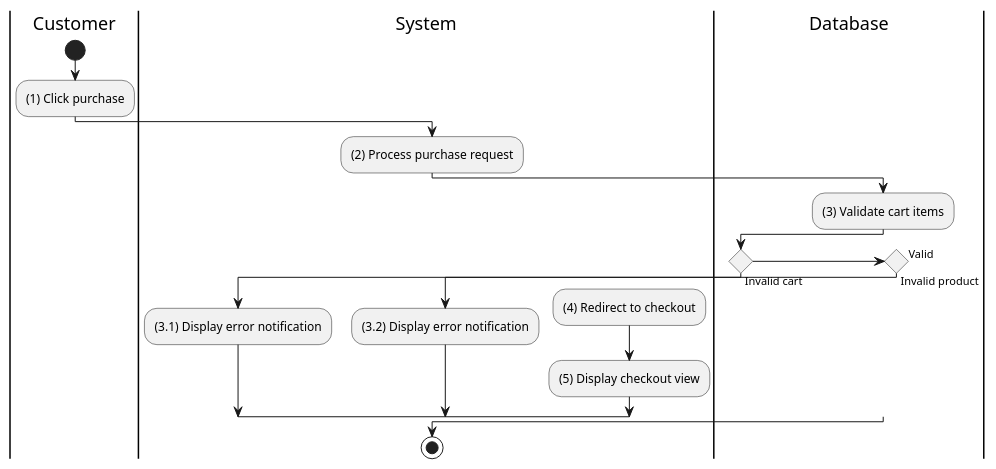
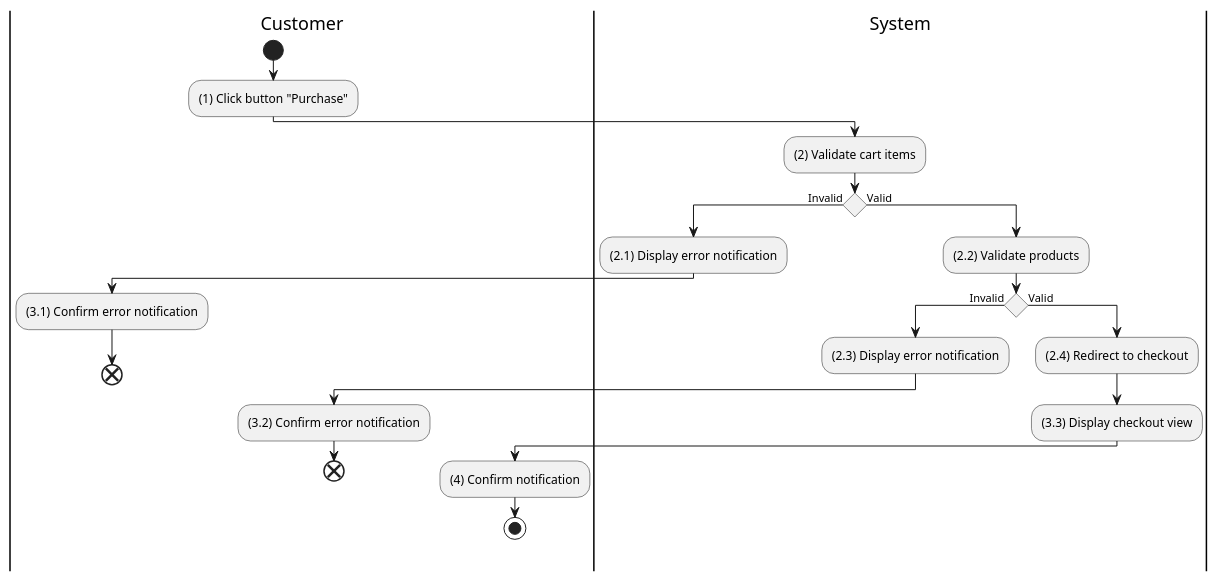
One commit to electricilies/electricilies.github.io changed the diagram in docs/software-docs/activity/manage-cart/purchase.md. Above: the diagram before and after it, drawn with PlantUML. The commit also changed 47 other files, not shown here.

````diff
--- a/docs/software-docs/activity/manage-cart/purchase.md
+++ b/docs/software-docs/activity/manage-cart/purchase.md
@@ -3,28 +3,34 @@
 ```plantuml
 @startuml
 |C|Customer
 |S|System
-|D|Database
 
 |C|
 start
-:(1) Click purchase;
+:(1) Click button "Purchase";
 |S|
-:(2) Process purchase request;
-|D|
-:(3) Validate cart items;
-if () then (Invalid cart)
-  |S|
-  :(3.1) Display error notification;
-elseif () then (Invalid product)
-  |S|
-  :(3.2) Display error notification;
+:(2) Validate cart items;
+if () then (Invalid)
+  :(2.1) Display error notification;
+  |C|
+  :(3.1) Confirm error notification;
+  end
 else (Valid)
   |S|
-  :(4) Redirect to checkout;
-  :(5) Display checkout view;
+  :(2.2) Validate products;
+  if () then (Invalid)
+    :(2.3) Display error notification;
+    |C|
+    :(3.2) Confirm error notification;
+    end
+  else (Valid)
+    |S|
+    :(2.4) Redirect to checkout;
+    :(3.3) Display checkout view;
+    |C|
+    :(4) Confirm notification;
+    stop
+  endif
 endif
-stop
-
 @enduml
 ```
````
